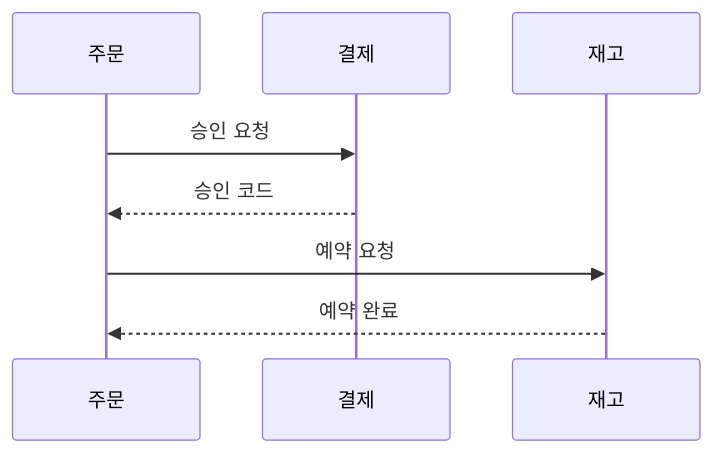
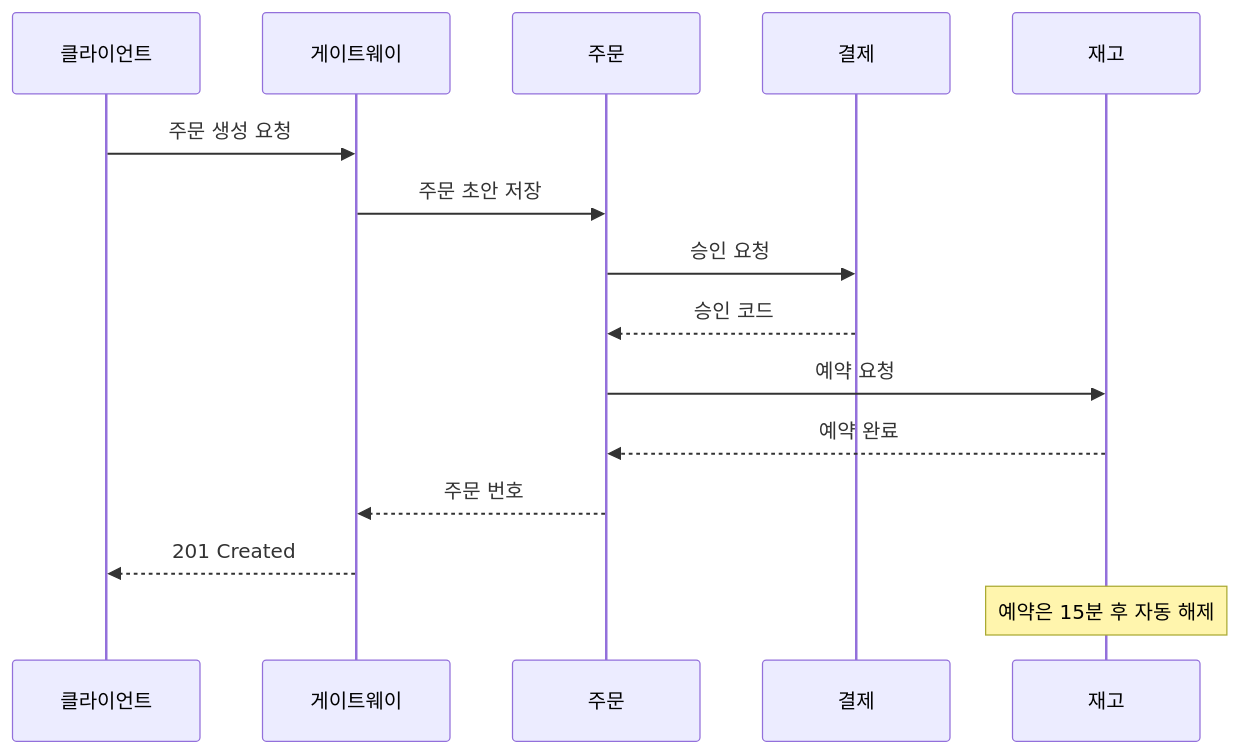
The second of 5 diagrams in docs/drafts/2026-09-fencesvg.md (1989v/msa), drawn with Mermaid before and after one commit. The commit also changed other lines of this file and 7 other files, not shown here.

First line of the commit message:
feat(blog): 다이어그램이 사이트 팔레트를 따라간다 (fencesvg 0.3.1)

````diff
--- a/docs/drafts/2026-09-fencesvg.md
+++ b/docs/drafts/2026-09-fencesvg.md
@@ -94,8 +125,18 @@
 ```mermaid
-%% caption: 승인은 두 번의 왕복으로 끝난다
+%% caption: 주문 생성은 세 시스템을 왕복한다
 sequenceDiagram
+  participant 클라이언트
+  participant 게이트웨이
+  participant 주문
+  participant 결제
+  participant 재고
+  클라이언트->>게이트웨이: 주문 생성 요청
+  게이트웨이->>주문: 주문 초안 저장
   주문->>결제: 승인 요청
   결제-->>주문: 승인 코드
   주문->>재고: 예약 요청
   재고-->>주문: 예약 완료
+  주문-->>게이트웨이: 주문 번호
+  게이트웨이-->>클라이언트: 201 Created
+  Note over 재고: 예약은 15분 후 자동 해제
 ```
````
